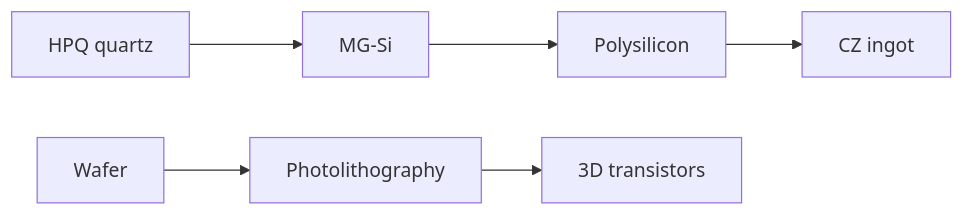
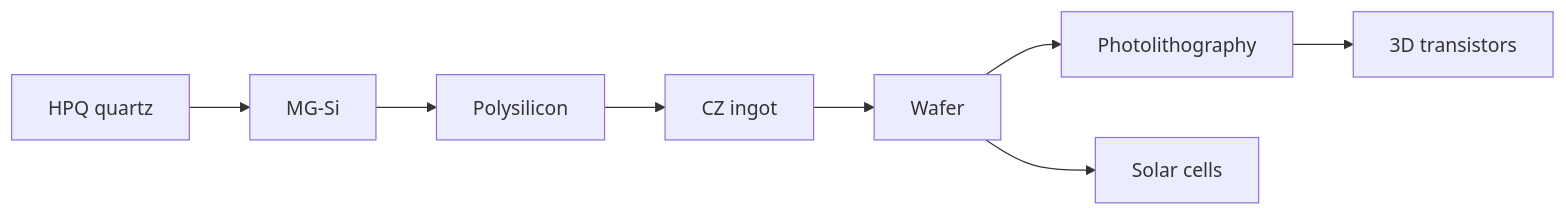
Before and after one commit to FelipeEstevanatto/chipmaking: the diagram in docs/en/index.md, drawn with Mermaid. The commit also changed 7 other files, not shown here.

````diff
--- a/docs/en/index.md
+++ b/docs/en/index.md
@@ -48,8 +48,10 @@
 ```mermaid
 flowchart LR
   A[HPQ quartz] --> B[MG-Si]
   B --> C[Polysilicon]
   C --> D[CZ ingot]
-  E[Wafer] --> F[Photolithography]
+  D --> E[Wafer]
+  E --> F[Photolithography]
   F --> G[3D transistors]
+  E --> H[Solar cells]
 ```
````
